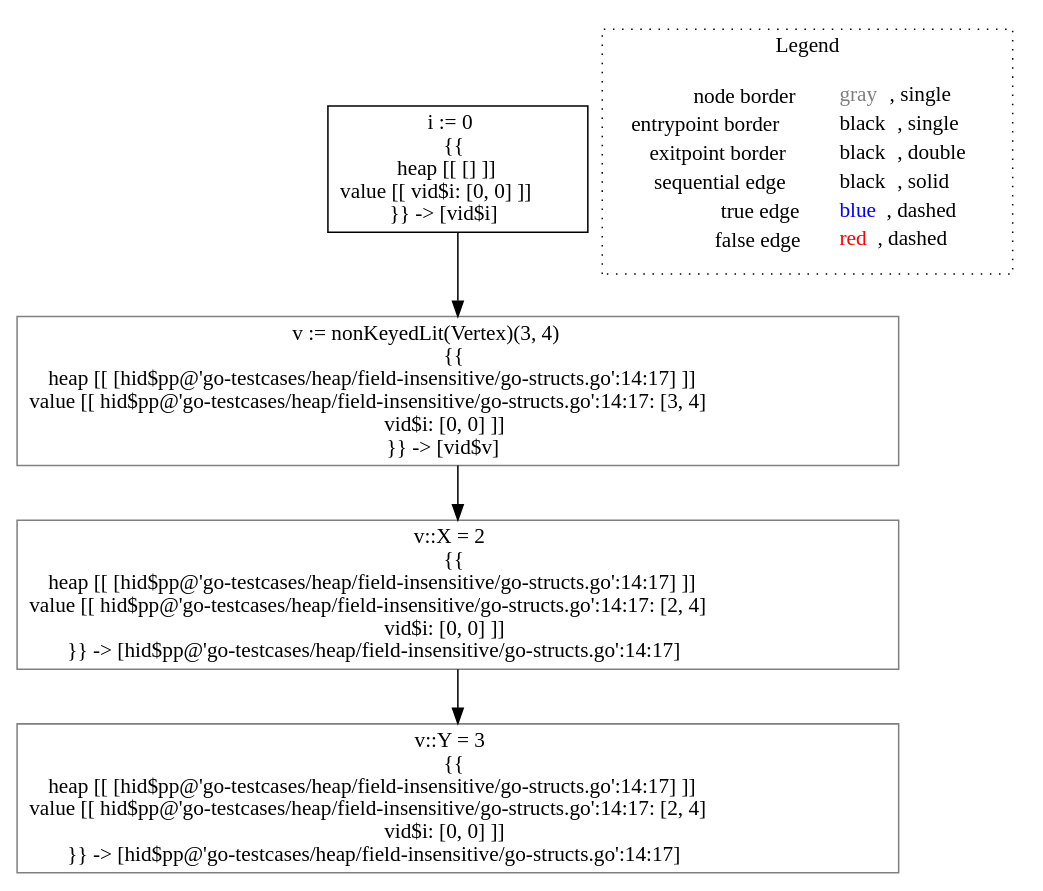
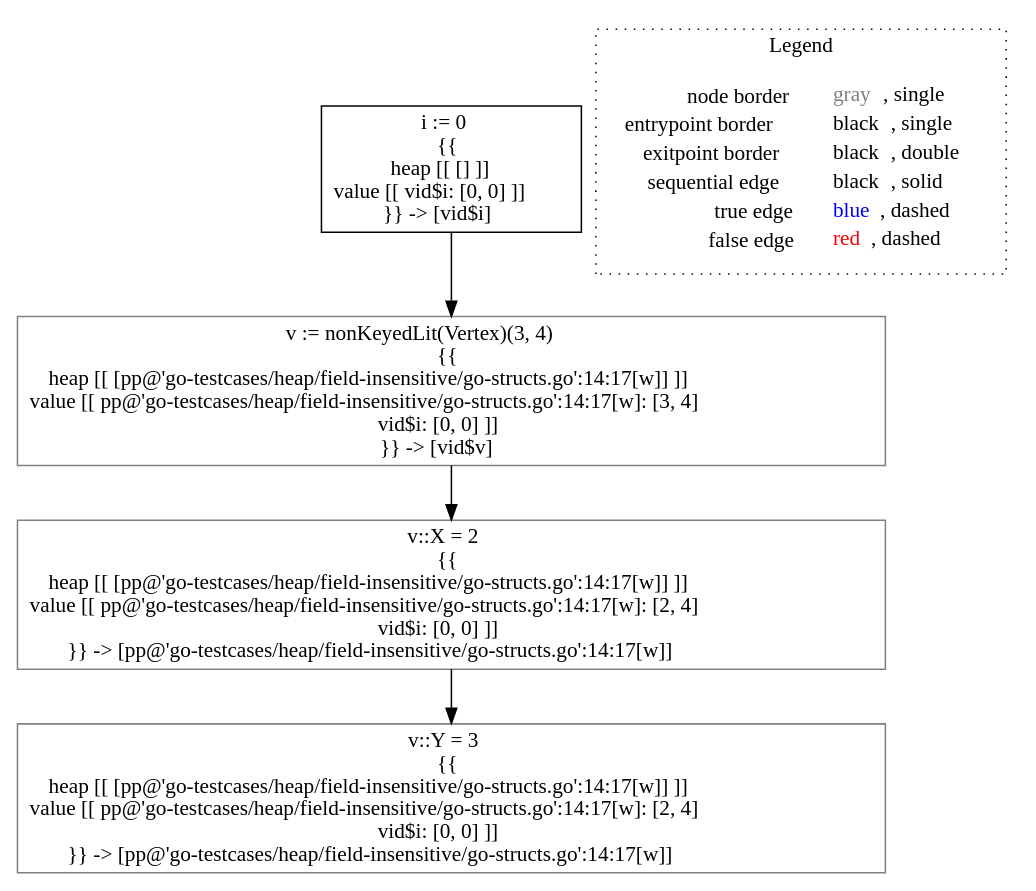
Before and after one commit to lisa-analyzer/go-lisa: the diagram in go-lisa/go-testcases/heap/field-insensitive/analysis___untyped_~LiSAProgram.main().dot, drawn with Graphviz. The commit also changed 21 other files, not shown here.

```diff
--- a/go-lisa/go-testcases/heap/field-insensitive/analysis___untyped_~LiSAProgram.main().dot
+++ b/go-lisa/go-testcases/heap/field-insensitive/analysis___untyped_~LiSAProgram.main().dot
@@ -1,16 +1,16 @@
 digraph {
 	"node0" [shape="rect",color="black",label=<i := 0<BR/>{{<BR/>heap [[ [] ]]<BR/>value [[ vid$i: [0, 0] ]]<BR/>}} -&gt; [vid$i]>];
-	"node1" [shape="rect",color="gray",label=<v := nonKeyedLit(Vertex)(3, 4)<BR/>{{<BR/>heap [[ [hid$pp@'go-testcases/heap/field-insensitive/go-structs.go':14:17] ]]<BR/>value [[ hid$pp@'go-testcases/heap/field-insensitive/go-structs.go':14:17: [3, 4]<BR/>vid$i: [0, 0] ]]<BR/>}} -&gt; [vid$v]>];
-	"node2" [shape="rect",color="gray",label=<v::Y = 3<BR/>{{<BR/>heap [[ [hid$pp@'go-testcases/heap/field-insensitive/go-structs.go':14:17] ]]<BR/>value [[ hid$pp@'go-testcases/heap/field-insensitive/go-structs.go':14:17: [2, 4]<BR/>vid$i: [0, 0] ]]<BR/>}} -&gt; [hid$pp@'go-testcases/heap/field-insensitive/go-structs.go':14:17]>];
-	"node3" [shape="rect",color="gray",label=<v::X = 2<BR/>{{<BR/>heap [[ [hid$pp@'go-testcases/heap/field-insensitive/go-structs.go':14:17] ]]<BR/>value [[ hid$pp@'go-testcases/heap/field-insensitive/go-structs.go':14:17: [2, 4]<BR/>vid$i: [0, 0] ]]<BR/>}} -&gt; [hid$pp@'go-testcases/heap/field-insensitive/go-structs.go':14:17]>];
+	"node1" [shape="rect",color="gray",label=<v := nonKeyedLit(Vertex)(3, 4)<BR/>{{<BR/>heap [[ [pp@'go-testcases/heap/field-insensitive/go-structs.go':14:17[w]] ]]<BR/>value [[ pp@'go-testcases/heap/field-insensitive/go-structs.go':14:17[w]: [3, 4]<BR/>vid$i: [0, 0] ]]<BR/>}} -&gt; [vid$v]>];
+	"node2" [shape="rect",color="gray",label=<v::Y = 3<BR/>{{<BR/>heap [[ [pp@'go-testcases/heap/field-insensitive/go-structs.go':14:17[w]] ]]<BR/>value [[ pp@'go-testcases/heap/field-insensitive/go-structs.go':14:17[w]: [2, 4]<BR/>vid$i: [0, 0] ]]<BR/>}} -&gt; [pp@'go-testcases/heap/field-insensitive/go-structs.go':14:17[w]]>];
+	"node3" [shape="rect",color="gray",label=<v::X = 2<BR/>{{<BR/>heap [[ [pp@'go-testcases/heap/field-insensitive/go-structs.go':14:17[w]] ]]<BR/>value [[ pp@'go-testcases/heap/field-insensitive/go-structs.go':14:17[w]: [2, 4]<BR/>vid$i: [0, 0] ]]<BR/>}} -&gt; [pp@'go-testcases/heap/field-insensitive/go-structs.go':14:17[w]]>];
 	"node1" -> "node3" [color="black"];
+	"node0" -> "node1" [color="black"];
 	"node3" -> "node2" [color="black"];
-	"node0" -> "node1" [color="black"];
 subgraph cluster_legend {
 	label="Legend";
 	style=dotted;
 	node [shape=plaintext];
 	"legend" [label=<<table border="0" cellpadding="2" cellspacing="0" cellborder="0"><tr><td align="right">node border&nbsp;</td><td align="left"><font color="gray">gray</font>, single</td></tr><tr><td align="right">entrypoint border&nbsp;</td><td align="left"><font color="black">black</font>, single</td></tr><tr><td align="right">exitpoint border&nbsp;</td><td align="left"><font color="black">black</font>, double</td></tr><tr><td align="right">sequential edge&nbsp;</td><td align="left"><font color="black">black</font>, solid</td></tr><tr><td align="right">true edge&nbsp;</td><td align="left"><font color="blue">blue</font>, dashed</td></tr><tr><td align="right">false edge&nbsp;</td><td align="left"><font color="red">red</font>, dashed</td></tr></table>>];
 }
 
 }
```
